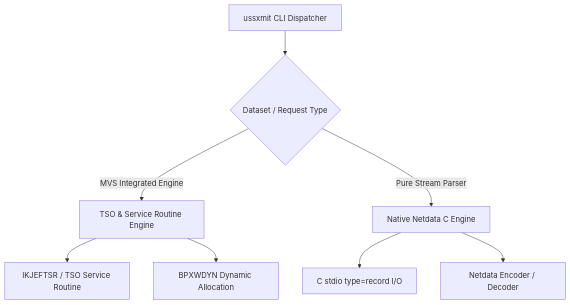
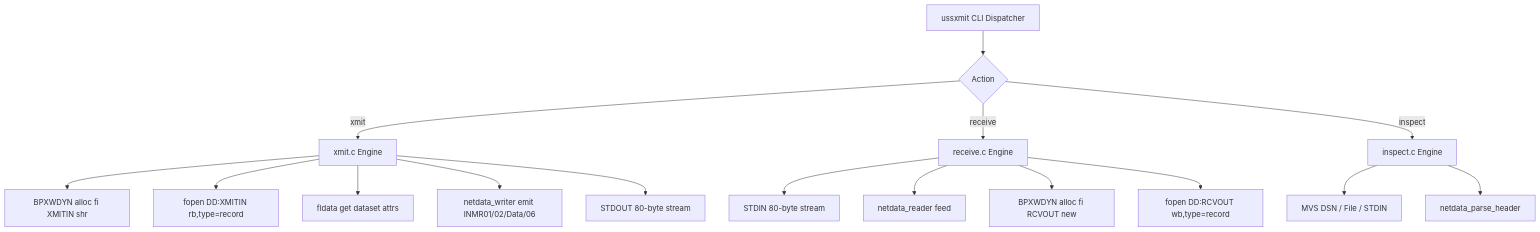
Before and after one commit to ccw-1/ussxmit: the second of 2 diagrams in DESIGN.md, drawn with Mermaid. The commit also changed other lines of this file and 2 other files, not shown here.

````diff
--- a/DESIGN.md
+++ b/DESIGN.md
@@ -99,13 +117,22 @@
 ```mermaid
 graph TD
-    CLI[ussxmit CLI Dispatcher] --> EngineSelect{Dataset / Request Type}
+    CLI[ussxmit CLI Dispatcher] --> Action{Action}
     
-    EngineSelect -->|MVS Integrated Engine| TSO_Bridge[TSO & Service Routine Engine]
-    EngineSelect -->|Pure Stream Parser| Native_Engine[Native Netdata C Engine]
+    Action -->|xmit| XMIT[xmit.c Engine]
+    Action -->|receive| RCV[receive.c Engine]
+    Action -->|inspect| INSP[inspect.c Engine]
     
-    TSO_Bridge --> IKJ[IKJEFTSR / TSO Service Routine]
-    TSO_Bridge --> DYN[BPXWDYN Dynamic Allocation]
+    XMIT --> DYN_SRC[BPXWDYN alloc fi XMITIN shr]
+    XMIT --> FOPEN_SRC[fopen DD:XMITIN rb,type=record]
+    XMIT --> FLDATA[fldata get dataset attrs]
+    XMIT --> NET_WRITER[netdata_writer emit INMR01/02/Data/06]
+    XMIT --> STDOUT[STDOUT 80-byte stream]
     
-    Native_Engine --> RECFM_IO[C stdio type=record I/O]
-    Native_Engine --> NETDATA_ENC[Netdata Encoder / Decoder]
+    RCV --> STDIN[STDIN 80-byte stream]
+    RCV --> NET_READER[netdata_reader feed]
+    RCV --> DYN_TGT[BPXWDYN alloc fi RCVOUT new]
+    RCV --> FOPEN_TGT[fopen DD:RCVOUT wb,type=record]
+    
+    INSP --> INSP_SRC[MVS DSN / File / STDIN]
+    INSP --> NET_HDR[netdata_parse_header]
 ```
````
